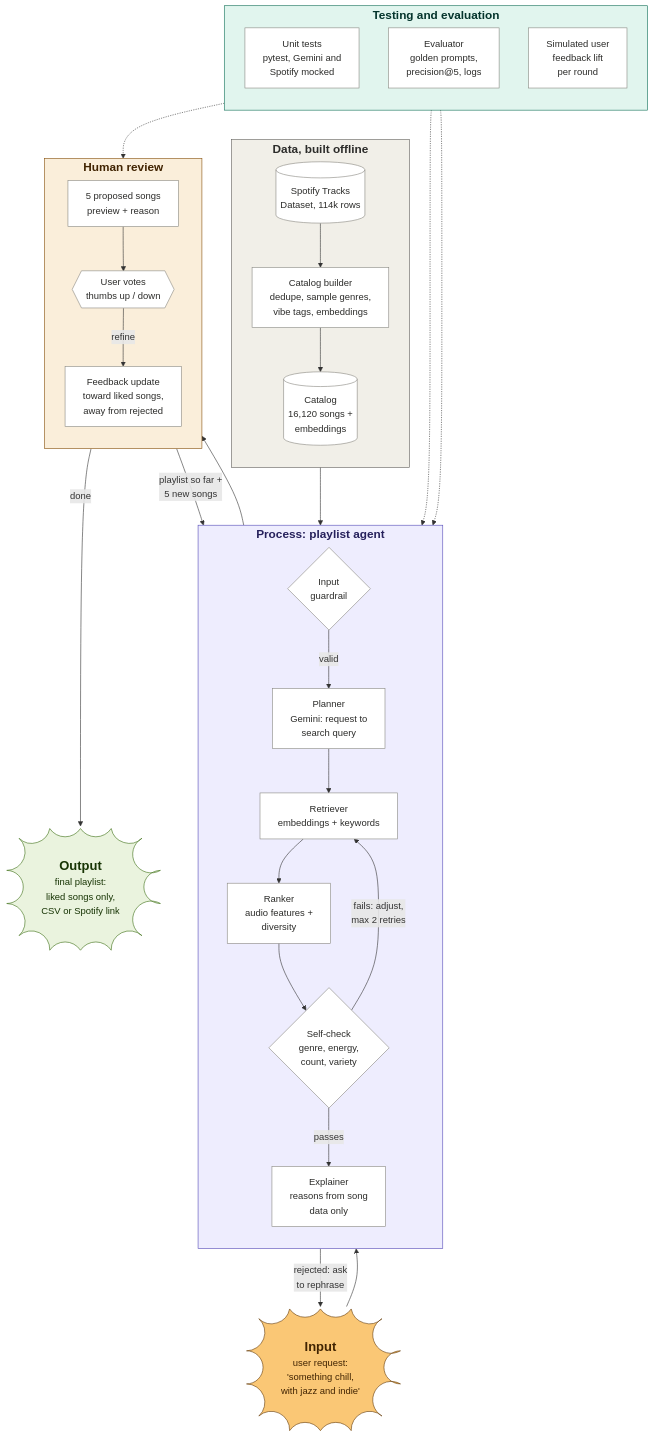
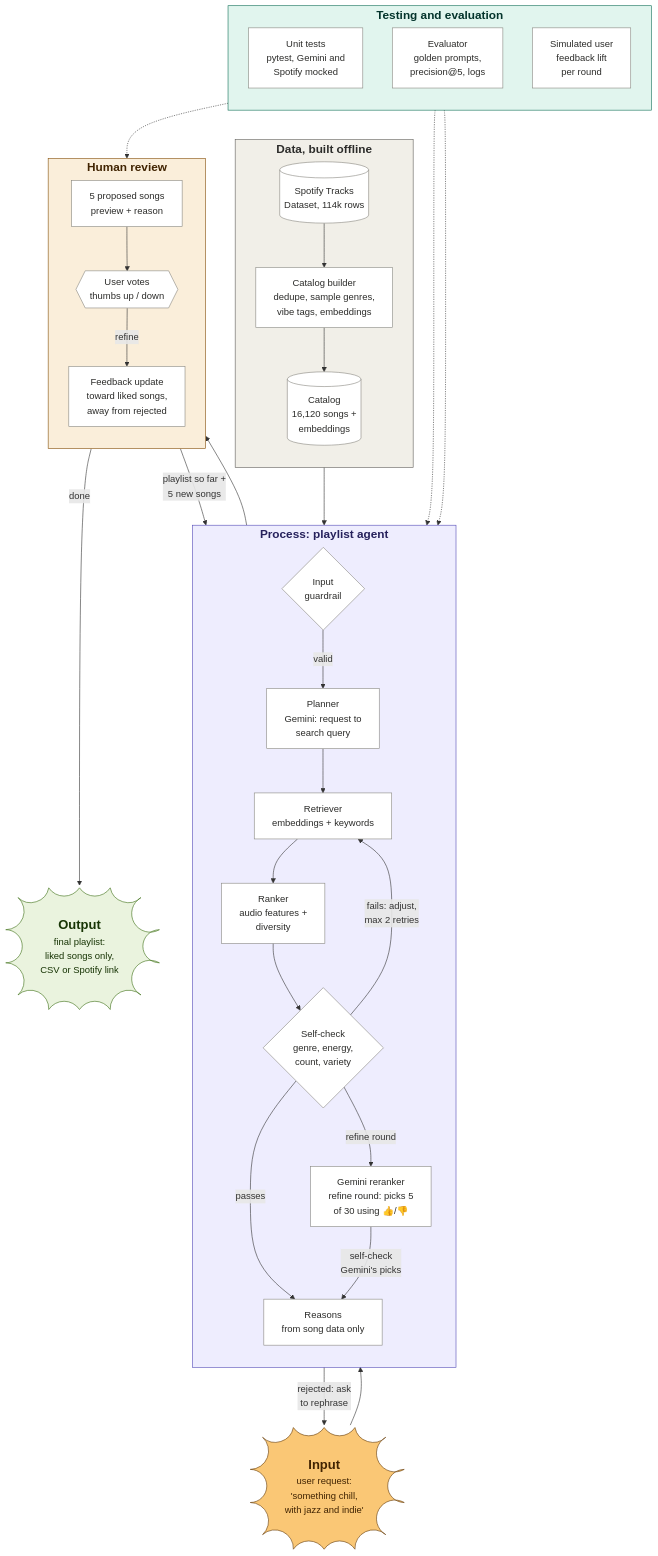
Before and after one commit to jesy-codes/music-recs-ai-system: the diagram in README.md, drawn with Mermaid. The commit also changed other lines of this file and 9 other files, not shown here.

````diff
--- a/README.md
+++ b/README.md
@@ -24,62 +41,65 @@
 ```mermaid
 flowchart TB
     USER@{ shape: bang, label: "<b style='font-size:22px'>Input</b><br/>user request:<br/>'something chill,<br/>with jazz and indie'" }
 
     subgraph DATA["<b style='font-size:20px'>Data, built offline</b>"]
         direction TB
         RAW[("Spotify Tracks<br/>Dataset, 114k rows")]
         BUILD["Catalog builder<br/>dedupe, sample genres,<br/>vibe tags, embeddings"]
         DB[("Catalog<br/>16,120 songs +<br/>embeddings")]
         RAW --> BUILD --> DB
     end
 
     subgraph AGENT["<b style='font-size:20px'>Process: playlist agent</b>"]
         direction TB
         GUARD{"Input<br/>guardrail"}
         PLAN["Planner<br/>Gemini: request to<br/>search query"]
         RET["Retriever<br/>embeddings + keywords"]
         RANK["Ranker<br/>audio features +<br/>diversity"]
         CHECK{"Self-check<br/>genre, energy,<br/>count, variety"}
-        EXPL["Explainer<br/>reasons from song<br/>data only"]
+        EXPL["Reasons<br/>from song data only"]
+        RERANK["Gemini reranker<br/>refine round: picks 5<br/>of 30 using 👍/👎"]
         GUARD -- valid --> PLAN --> RET --> RANK --> CHECK
         CHECK -- "fails: adjust,<br/>max 2 retries" --> RET
         CHECK -- passes --> EXPL
+        CHECK -- "refine round" --> RERANK
+        RERANK -- "self-check<br/>Gemini's picks" --> EXPL
     end
 
     subgraph HUMAN["<b style='font-size:20px'>Human review</b>"]
         direction TB
         SHOW["5 proposed songs<br/>preview + reason"]
         VOTE{{"User votes<br/>thumbs up / down"}}
         FB["Feedback update<br/>toward liked songs,<br/>away from rejected"]
         SHOW --> VOTE
         VOTE -- refine --> FB
     end
 
     OUT@{ shape: bang, label: "<b style='font-size:22px'>Output</b><br/>final playlist:<br/>liked songs only,<br/>CSV or Spotify link" }
 
     subgraph TEST["<b style='font-size:20px'>Testing and evaluation</b>"]
         direction TB
         UNIT["Unit tests<br/>pytest, Gemini and<br/>Spotify mocked"]
         EVAL["Evaluator<br/>golden prompts,<br/>precision@5, logs"]
         SIM["Simulated user<br/>feedback lift<br/>per round"]
     end
 
     USER --> GUARD
     GUARD -- "rejected: ask<br/>to rephrase" --> USER
     DB --> RET
     EXPL --> SHOW
     FB -- "playlist so far +<br/>5 new songs" --> RET
     VOTE -- done --> OUT
 
     UNIT -.-> AGENT
     EVAL -.-> AGENT
     SIM -.-> VOTE
 
     classDef default fill:#FFFFFF,stroke:#888780,color:#2C2C2A
     style DATA  fill:#F1EFE8,stroke:#5F5E5A,color:#2C2C2A
     style AGENT fill:#EEEDFE,stroke:#534AB7,color:#26215C
     style HUMAN fill:#FAEEDA,stroke:#854F0B,color:#412402
     style TEST  fill:#E1F5EE,stroke:#0F6E56,color:#04342C
     style USER  fill:#FAC775,stroke:#633806,color:#412402
     style OUT   fill:#EAF3DE,stroke:#3B6D11,color:#173404
 ```
````
